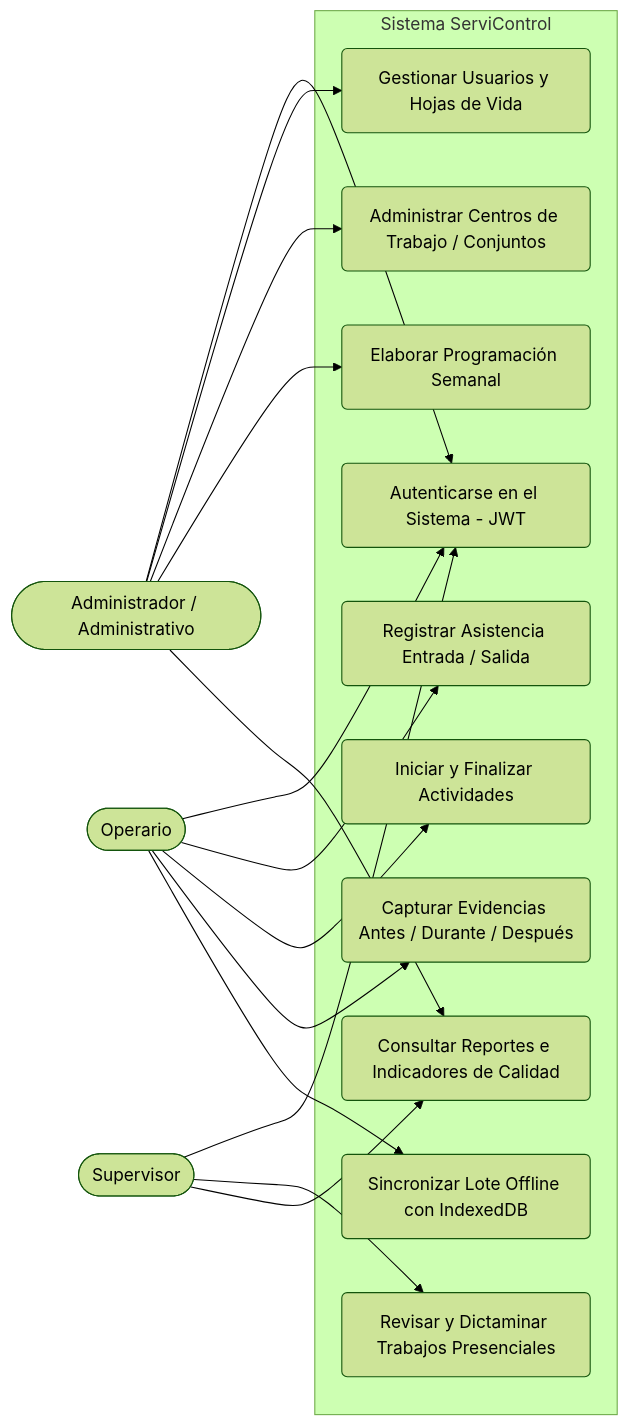
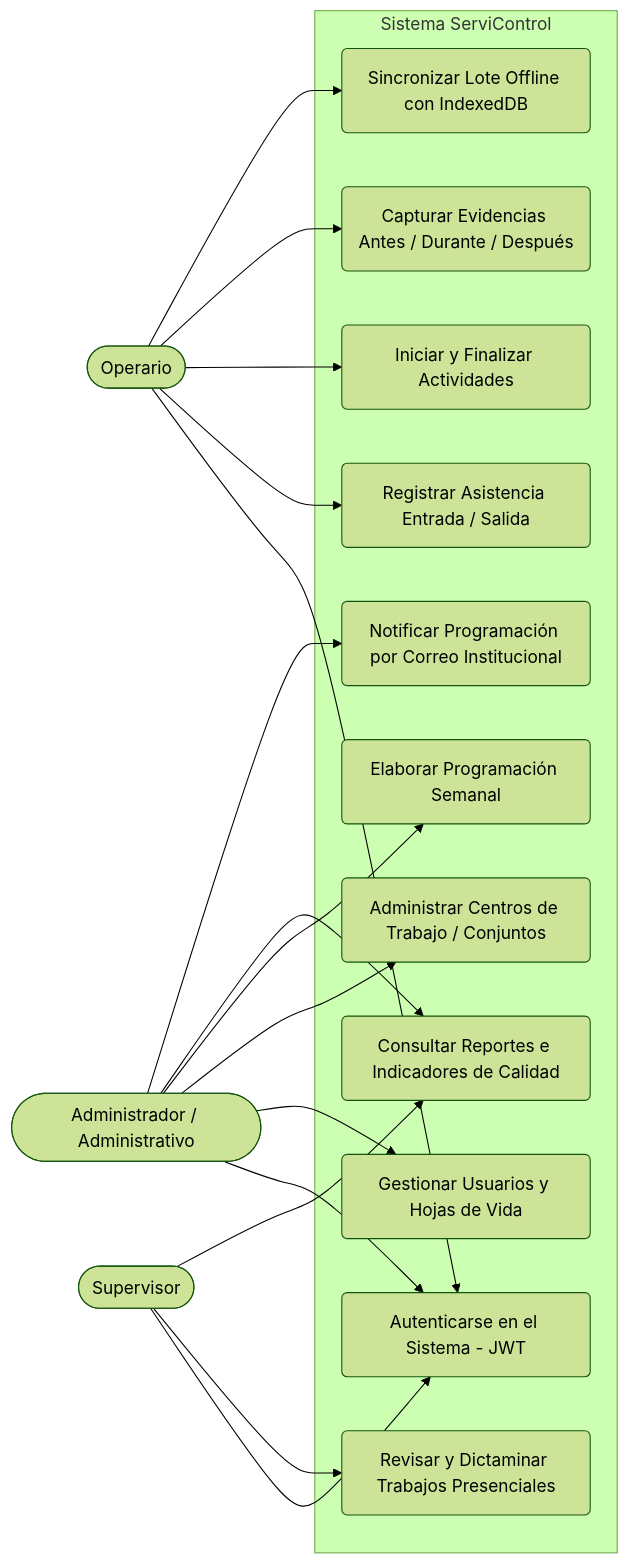
The first of 4 diagrams in docs/ARQUITECTURA.md (mabel289/servicontrol), drawn with Mermaid (forest theme) before and after one commit. The commit also changed other lines of this file and 9 other files, not shown here.

Commit message:
feat(notificaciones): envio de programacion semanal al correo institucional del operario con mailer desacoplado

````diff
--- a/docs/ARQUITECTURA.md
+++ b/docs/ARQUITECTURA.md
@@ -29,35 +29,37 @@
 ```mermaid
 flowchart LR
     Admin([Administrador / Administrativo])
     Operario([Operario])
     Supervisor([Supervisor])
 
     subgraph ServiControl["Sistema ServiControl"]
         CU1(Autenticarse en el Sistema - JWT)
         CU2(Gestionar Usuarios y Hojas de Vida)
         CU3(Administrar Centros de Trabajo / Conjuntos)
         CU4(Elaborar Programación Semanal)
         CU5(Registrar Asistencia Entrada / Salida)
         CU6(Iniciar y Finalizar Actividades)
         CU7(Capturar Evidencias Antes / Durante / Después)
         CU8(Sincronizar Lote Offline con IndexedDB)
         CU9(Revisar y Dictaminar Trabajos Presenciales)
         CU10(Consultar Reportes e Indicadores de Calidad)
+        CU11(Notificar Programación por Correo Institucional)
     end
 
     Admin --> CU1
     Admin --> CU2
     Admin --> CU3
     Admin --> CU4
     Admin --> CU10
+    Admin --> CU11
 
     Operario --> CU1
     Operario --> CU5
     Operario --> CU6
     Operario --> CU7
     Operario --> CU8
 
     Supervisor --> CU1
     Supervisor --> CU9
     Supervisor --> CU10
 ```
````
